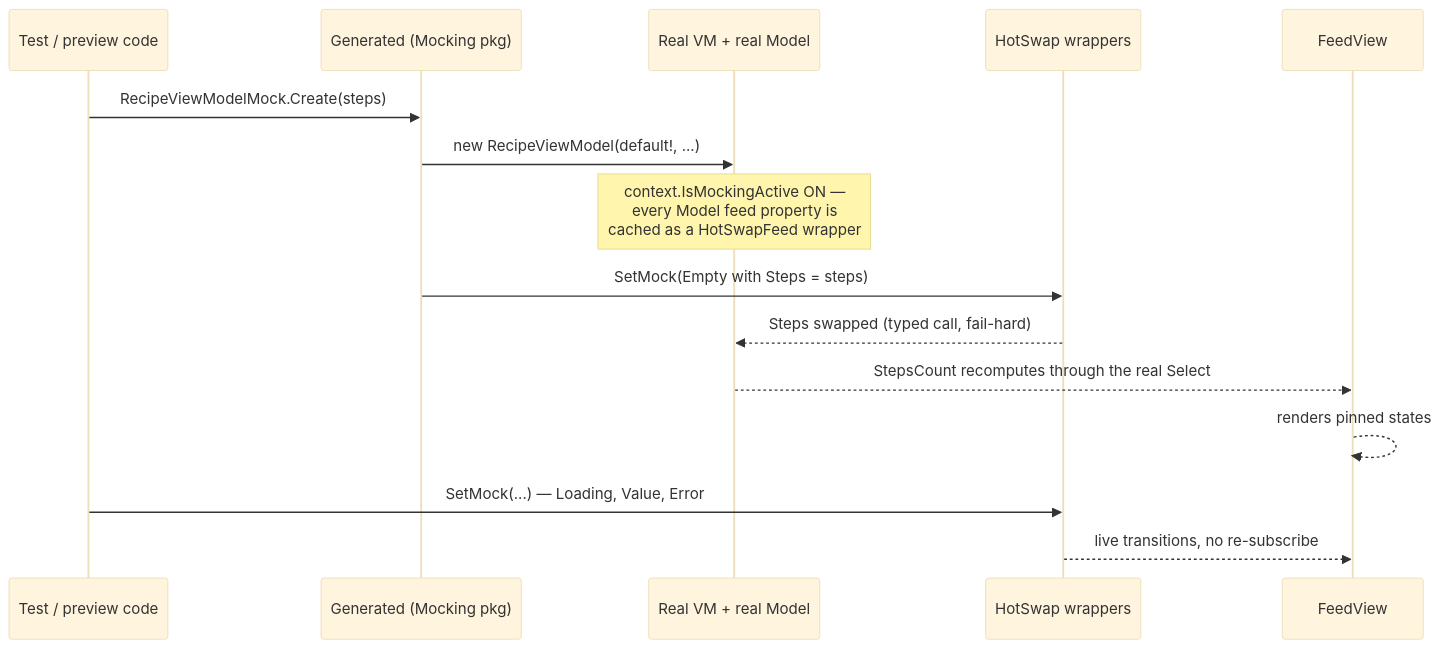
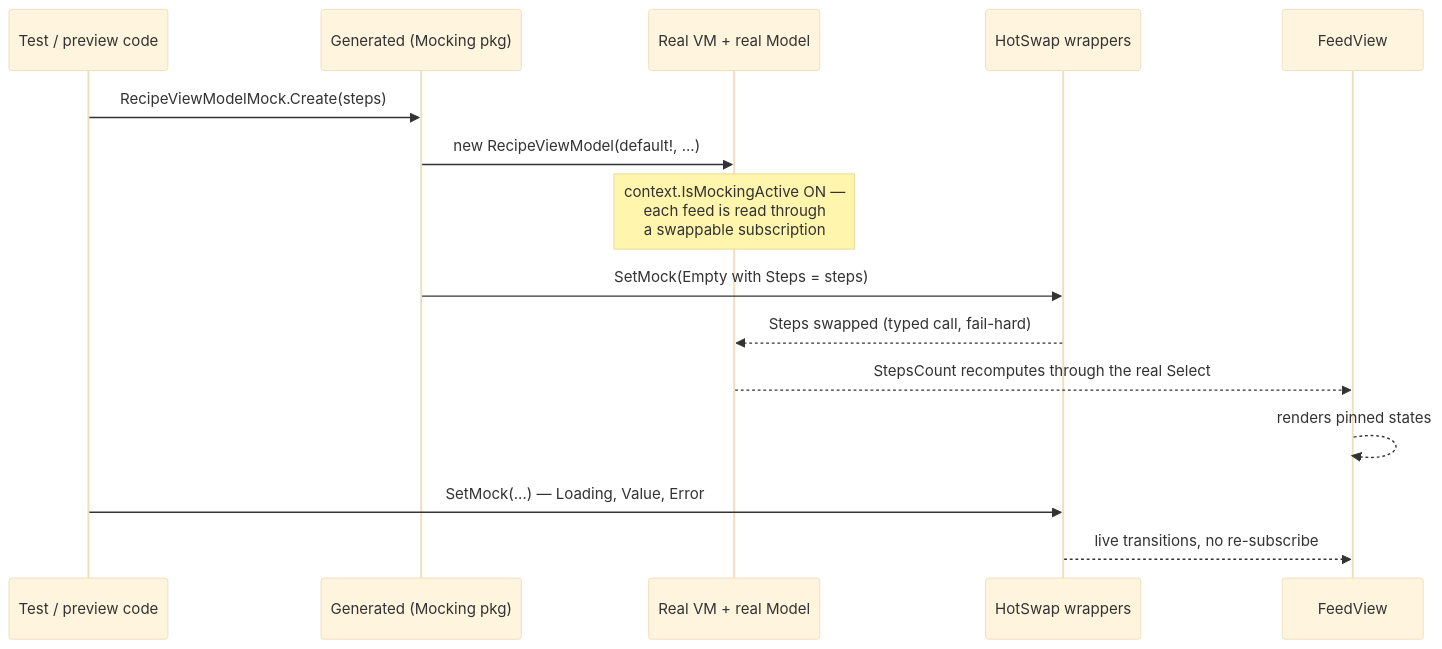
The fourth of 5 diagrams in specs/013-mvux-mocking-previews/spec.md (unoplatform/uno.extensions), drawn with Mermaid (base theme) before and after one commit. The commit also changed other lines of this file and 3 other files, not shown here.

First line of the commit message:
docs(specs): describe the swap of the context's subscription

````diff
--- a/specs/013-mvux-mocking-previews/spec.md
+++ b/specs/013-mvux-mocking-previews/spec.md
@@ -112,18 +112,18 @@
 ```mermaid
 sequenceDiagram
     participant T as Test / preview code
     participant G as Generated (Mocking pkg)
     participant VM as Real VM + real Model
     participant W as HotSwap wrappers
     participant UI as FeedView
 
     T->>G: RecipeViewModelMock.Create(steps)
     G->>VM: new RecipeViewModel(default!, ...)
-    Note over VM: context.IsMockingActive ON —<br/>every Model feed property is<br/>cached as a HotSwapFeed wrapper
+    Note over VM: context.IsMockingActive ON —<br/>each feed is read through<br/>a swappable subscription
     G->>W: SetMock(Empty with Steps = steps)
     W-->>VM: Steps swapped (typed call, fail-hard)
     VM-->>UI: StepsCount recomputes through the real Select
     UI-->>UI: renders pinned states
     T->>W: SetMock(...) — Loading, Value, Error
     W-->>UI: live transitions, no re-subscribe
 ```
````
